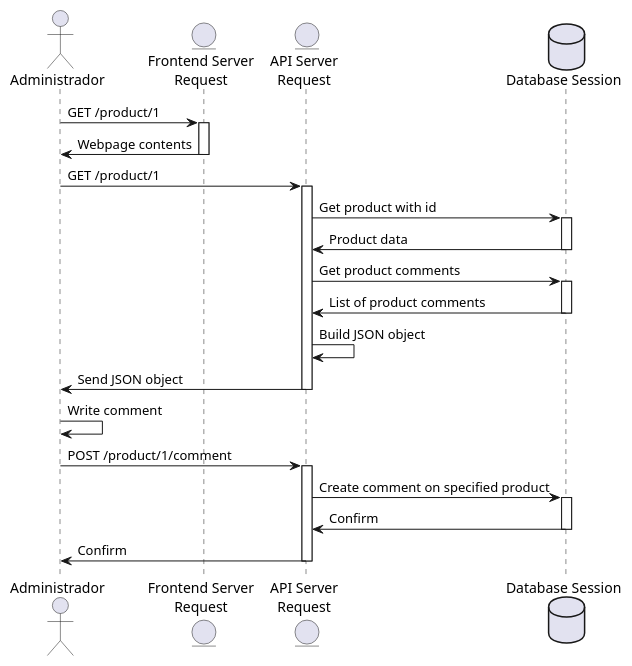
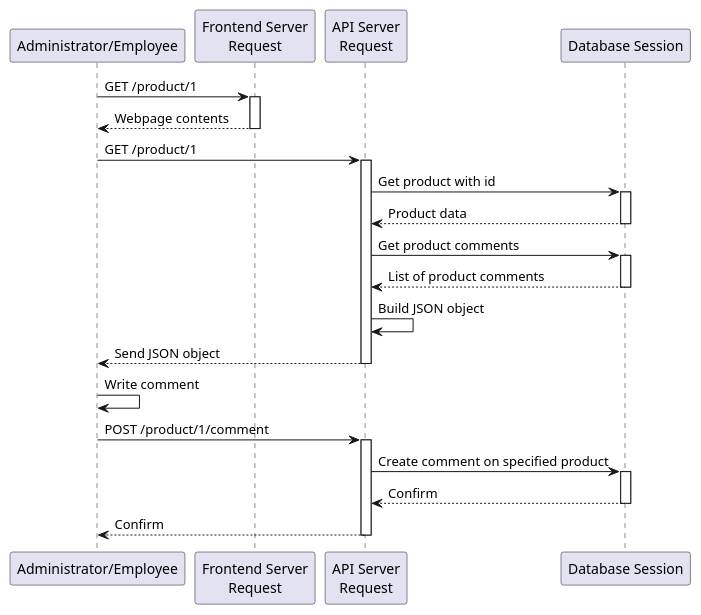
Before and after one commit to wuiquique/mycelium-local: the diagram in uml/requirements/L017.wsd, drawn with PlantUML. The commit also changed 13 other files, not shown here.

Commit message:
Fix sequence diagrams + convert some others

```diff
--- a/uml/requirements/L017.wsd
+++ b/uml/requirements/L017.wsd
@@ -1,35 +1,35 @@
 @startuml sequence1
 
-actor "Administrador" as user
-entity "Frontend Server\nRequest" as fe
-entity "API Server\nRequest" as api
-database "Database Session" as db
+participant "Administrator/Employee" as user
+participant "Frontend Server\nRequest" as fe
+participant "API Server\nRequest" as api
+participant "Database Session" as db
 
 user -> fe : GET /product/1
 activate fe
-fe -> user : Webpage contents
+user <-- fe : Webpage contents
 deactivate fe
 user -> api : GET /product/1
 activate api
 api -> db : Get product with id
 activate db
-db -> api : Product data
+api <-- db : Product data
 deactivate db
 api -> db : Get product comments
 activate db
-db -> api : List of product comments
+api <-- db : List of product comments
 deactivate db
 api -> api : Build JSON object
-api -> user : Send JSON object
+user <-- api : Send JSON object
 deactivate api
 user -> user : Write comment
 user -> api : POST /product/1/comment
 activate api
 api -> db : Create comment on specified product
 activate db
-db -> api : Confirm
+api <-- db : Confirm
 deactivate db
-api -> user : Confirm
+user <-- api : Confirm
 deactivate api
 
 @enduml
```
